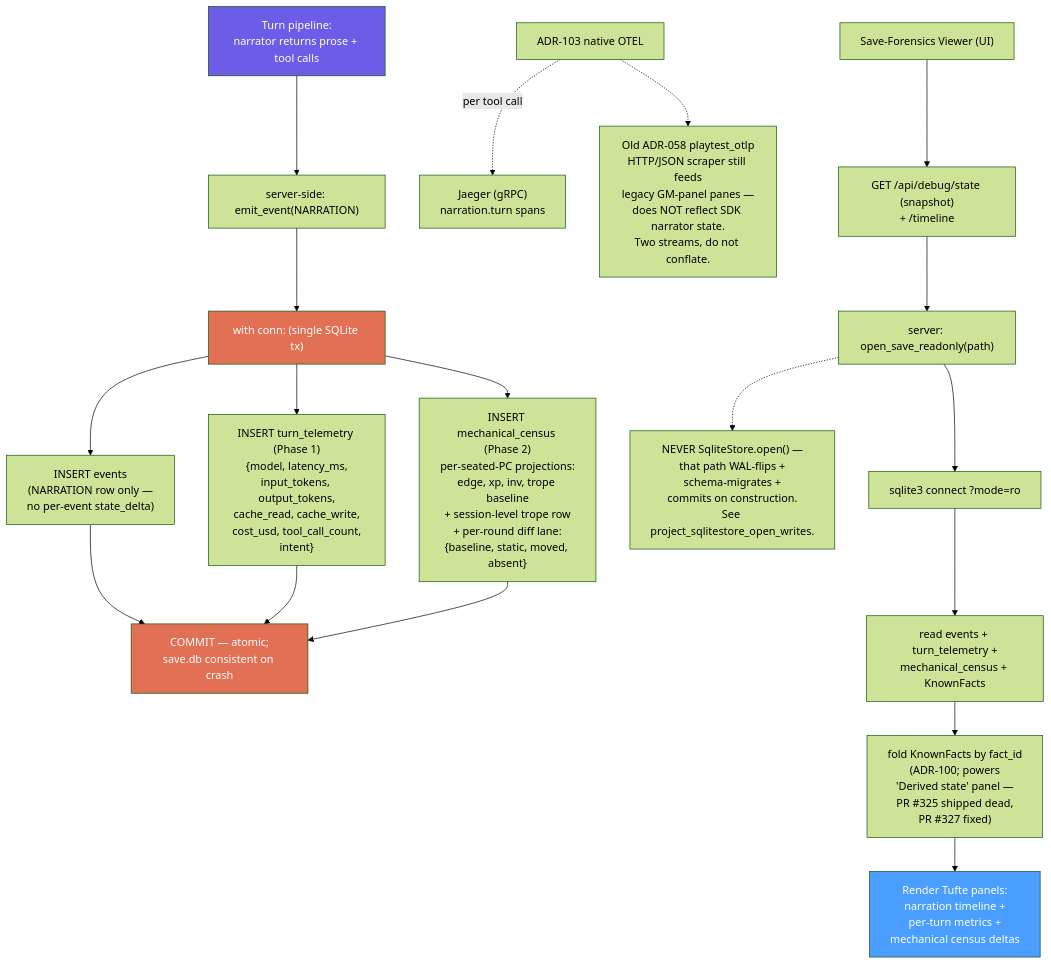
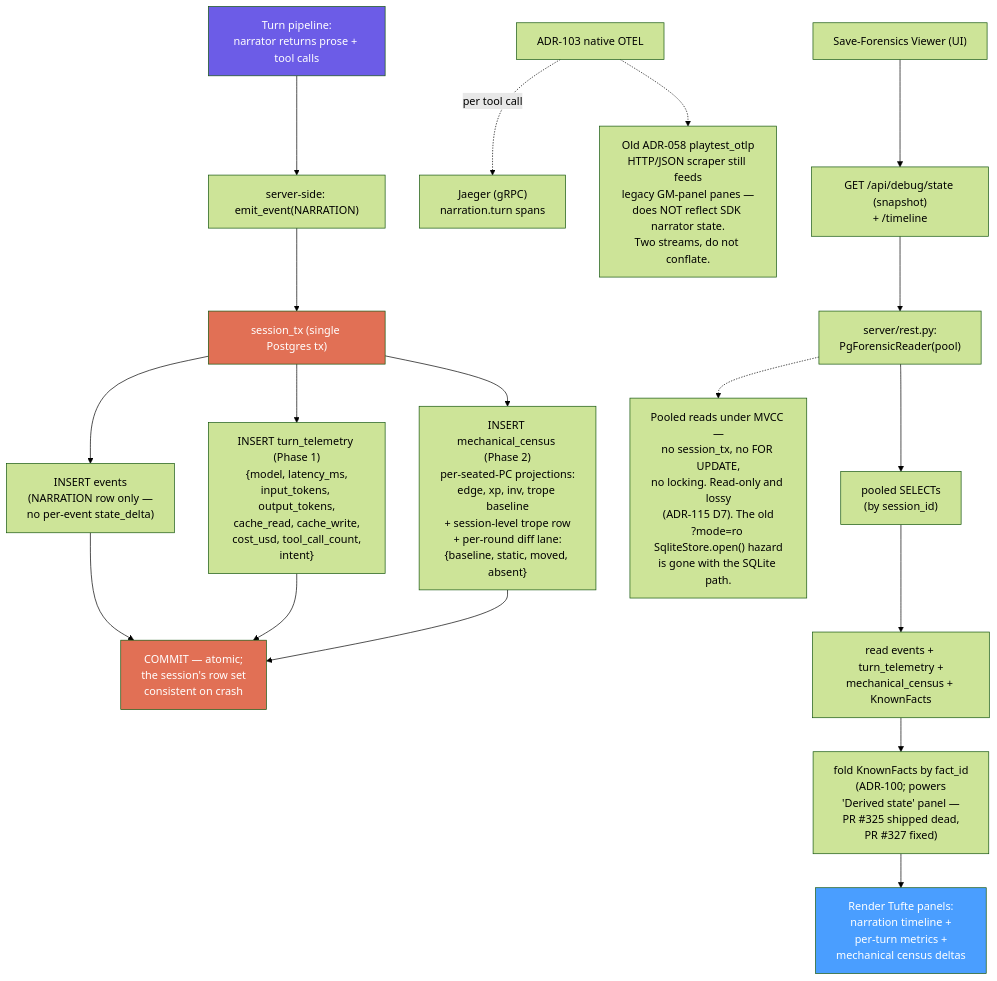
Diagram 16 of 18 in docs/wiring-diagrams.md (slabgorb-org/sidequest), drawn with Mermaid (forest theme) before and after one commit. The commit also changed other lines of this file, not shown here.

First line of the commit message:
docs(127-1): migrate wiring-diagrams persistence onto Postgres (ADR-115)

````diff
--- a/docs/wiring-diagrams.md
+++ b/docs/wiring-diagrams.md
@@ -834,29 +856,29 @@
 ```mermaid
 flowchart TD
     A["Turn pipeline:<br/>narrator returns prose + tool calls"] --> B["server-side: emit_event(NARRATION)"]
-    B --> C["with conn: (single SQLite tx)"]
+    B --> C["session_tx (single Postgres tx)"]
 
     C --> D["INSERT events<br/>(NARRATION row only —<br/>no per-event state_delta)"]
     C --> E["INSERT turn_telemetry (Phase 1)<br/>{model, latency_ms,<br/>input_tokens, output_tokens,<br/>cache_read, cache_write,<br/>cost_usd, tool_call_count,<br/>intent}"]
     C --> F["INSERT mechanical_census (Phase 2)<br/>per-seated-PC projections:<br/>edge, xp, inv, trope baseline<br/>+ session-level trope row<br/>+ per-round diff lane:<br/>{baseline, static, moved, absent}"]
 
-    D & E & F --> G["COMMIT — atomic;<br/>save.db consistent on crash"]
+    D & E & F --> G["COMMIT — atomic;<br/>the session's row set<br/>consistent on crash"]
 
     H["ADR-103 native OTEL"] -.->|"per tool call"| I["Jaeger (gRPC)<br/>narration.turn spans"]
     Note1["Old ADR-058 playtest_otlp<br/>HTTP/JSON scraper still feeds<br/>legacy GM-panel panes —<br/>does NOT reflect SDK narrator state.<br/>Two streams, do not conflate."]
     H -.-> Note1
 
     J["Save-Forensics Viewer (UI)"] --> K["GET /api/debug/state (snapshot)<br/>+ /timeline"]
-    K --> L["server: open_save_readonly(path)"]
-    Note2["NEVER SqliteStore.open() —<br/>that path WAL-flips +<br/>schema-migrates +<br/>commits on construction.<br/>See project_sqlitestore_open_writes."]
+    K --> L["server/rest.py:<br/>PgForensicReader(pool)"]
+    Note2["Pooled reads under MVCC —<br/>no session_tx, no FOR UPDATE,<br/>no locking. Read-only and lossy<br/>(ADR-115 D7). The old<br/>?mode=ro SqliteStore.open() hazard<br/>is gone with the SQLite path."]
     L -.-> Note2
-    L --> M["sqlite3 connect ?mode=ro"]
+    L --> M["pooled SELECTs<br/>(by session_id)"]
     M --> N["read events + turn_telemetry +<br/>mechanical_census + KnownFacts"]
     N --> O["fold KnownFacts by fact_id<br/>(ADR-100; powers<br/>'Derived state' panel —<br/>PR #325 shipped dead,<br/>PR #327 fixed)"]
     O --> P["Render Tufte panels:<br/>narration timeline +<br/>per-turn metrics +<br/>mechanical census deltas"]
 
     style A fill:#6c5ce7,color:#fff
     style C fill:#e17055,color:#fff
     style G fill:#e17055,color:#fff
     style P fill:#4a9eff,color:#fff
 ```
````
